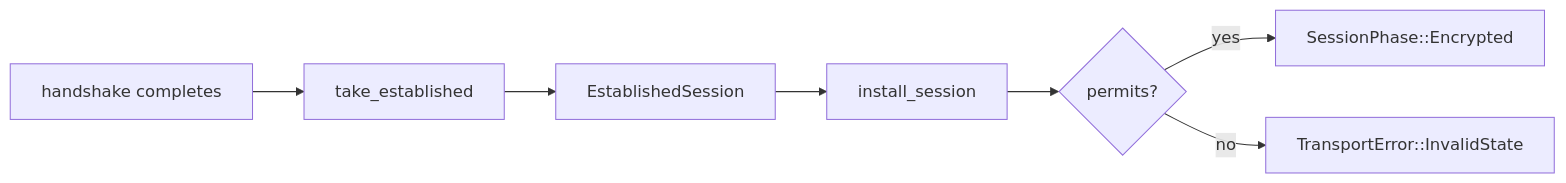
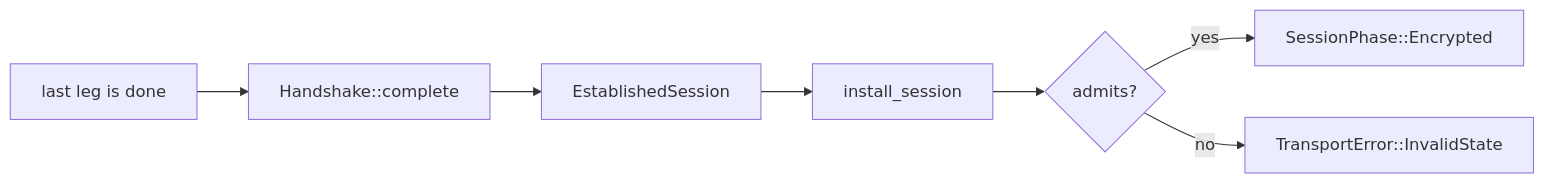
One commit to wahidgroup/tightbeam changed the fifth of 6 diagrams in docs/handshake.md. Above: the diagram before and after it, drawn with Mermaid. The commit also changed other lines of this file and 41 other files, not shown here.

````diff
--- a/docs/handshake.md
+++ b/docs/handshake.md
@@ -215,9 +233,9 @@
 ```mermaid
 flowchart LR
-    A[handshake completes] --> B[take_established]
+    A[last leg is done] --> B[Handshake::complete]
     B --> C[EstablishedSession]
     C --> D[install_session]
-    D --> E{permits?}
+    D --> E{admits?}
     E -->|yes| F[SessionPhase::Encrypted]
     E -->|no| G[TransportError::InvalidState]
 ```
````
